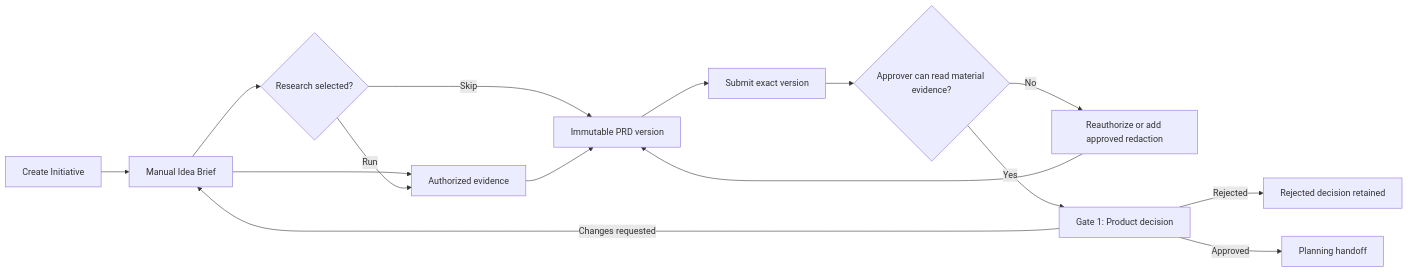
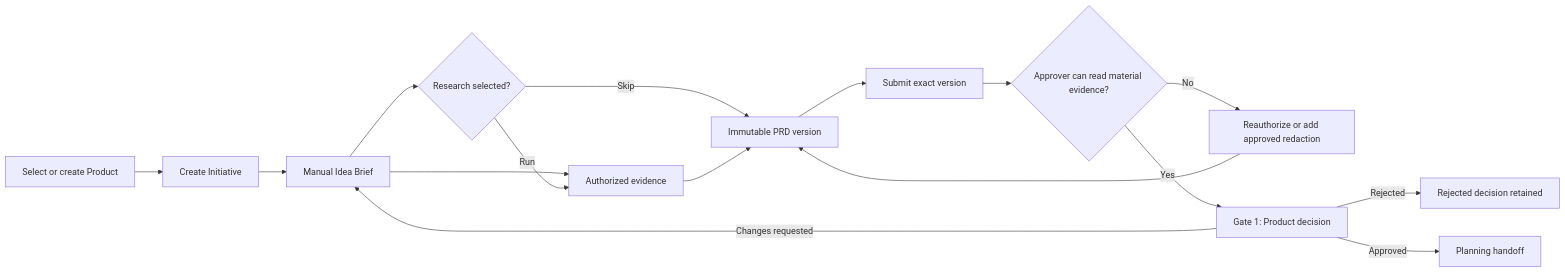
The diagram in docs/technical/m1-alignment-evidence-prd-task-packet.md (faocampo/curve), drawn with Mermaid before and after one commit. The commit also changed other lines of this file and 21 other files, not shown here.

````diff
--- a/docs/technical/m1-alignment-evidence-prd-task-packet.md
+++ b/docs/technical/m1-alignment-evidence-prd-task-packet.md
@@ -27,17 +27,18 @@
 ```mermaid
 flowchart LR
-    create["Create Initiative"] --> align["Manual Idea Brief"]
+    product["Select or create Product"] --> create["Create Initiative"]
+    create --> align["Manual Idea Brief"]
     align --> evidence["Authorized evidence"]
     align --> research{"Research selected?"}
     research -->|Skip| prd["Immutable PRD version"]
     research -->|Run| evidence
     evidence --> prd
     prd --> submit["Submit exact version"]
     submit --> access{"Approver can read material evidence?"}
     access -->|No| revise["Reauthorize or add approved redaction"]
     revise --> prd
     access -->|Yes| gate["Gate 1: Product decision"]
     gate -->|Changes requested| align
     gate -->|Rejected| terminal["Rejected decision retained"]
     gate -->|Approved| planning["Planning handoff"]
 ```
````
